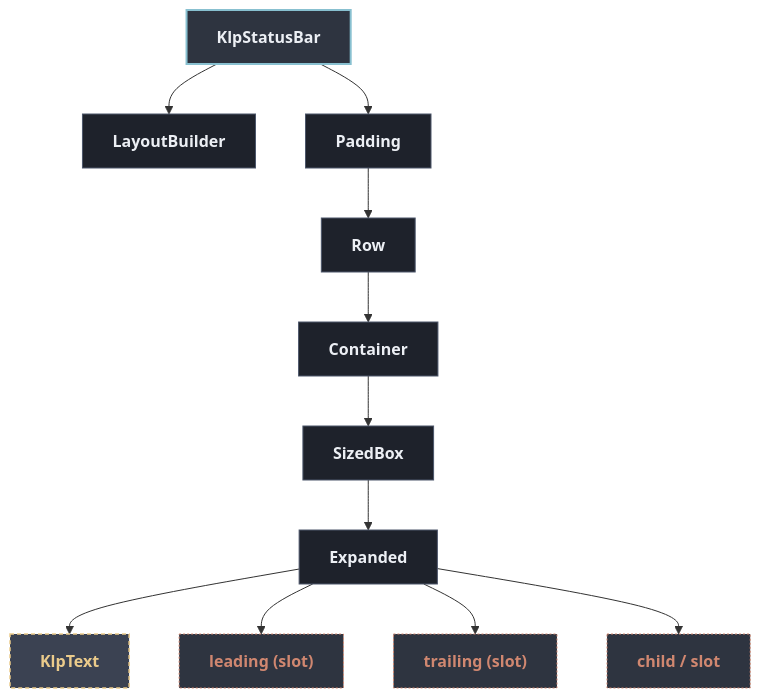
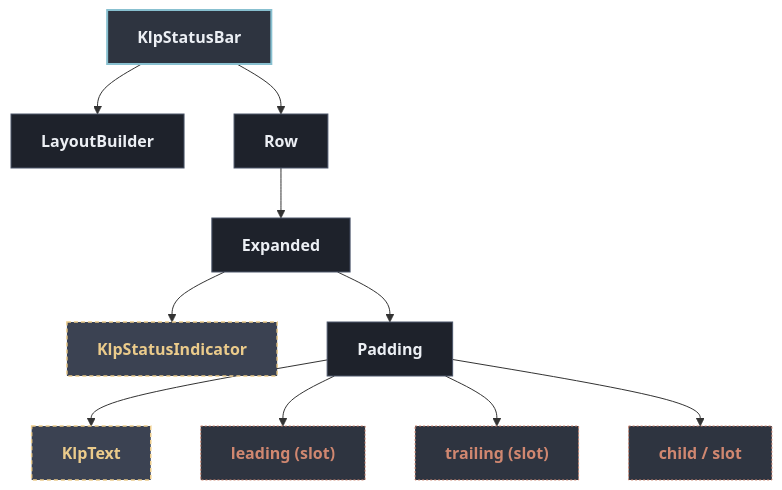
One commit to MiuDog/Kallopis changed the diagram in docs/architecture/components/shell/klp_status_bar.md. Above: the diagram before and after it, drawn with Mermaid. The commit also changed other lines of this file and 1105 other files, not shown here.

Commit message:
refactor: establish semantic design architecture

````diff
--- a/docs/architecture/components/shell/klp_status_bar.md
+++ b/docs/architecture/components/shell/klp_status_bar.md
@@ -13,30 +13,28 @@
 ```mermaid
 flowchart TD
   classDef default fill:#1E222B,stroke:#4C566A,stroke-width:1px,color:#ECEFF4;
   classDef root fill:#2E3440,stroke:#88C0D0,stroke-width:2px,color:#ECEFF4,font-weight:bold;
   classDef reference fill:#3B4252,stroke:#EBCB8B,stroke-width:1.5px,stroke-dasharray: 4 3,color:#EBCB8B;
   classDef container fill:#2E3440,stroke:#A3BE8C,stroke-width:1.5px,color:#A3BE8C;
   classDef slot fill:#2E3440,stroke:#D08770,stroke-width:1px,stroke-dasharray: 2 2,color:#D08770;
 
   root["KlpStatusBar"]:::root
   n1["LayoutBuilder"]
   root --> n1
-  n2["Padding"]
+  n2["Row"]
   root --> n2
-  n3["Row"]
+  n3["Expanded"]
   n2 --> n3
-  n4["Container"]
+  n4["KlpStatusIndicator"]:::reference
   n3 --> n4
-  n5["SizedBox"]
-  n4 --> n5
-  n6["Expanded"]
+  n5["Padding"]
+  n3 --> n5
+  n6["KlpText"]:::reference
   n5 --> n6
-  n7["KlpText"]:::reference
-  n6 --> n7
-  n8["leading (slot)"]:::slot
-  n6 --> n8
-  n9["trailing (slot)"]:::slot
-  n6 --> n9
-  n10["child / slot"]:::slot
-  n6 --> n10
+  n7["leading (slot)"]:::slot
+  n5 --> n7
+  n8["trailing (slot)"]:::slot
+  n5 --> n8
+  n9["child / slot"]:::slot
+  n5 --> n9
 ```
````
